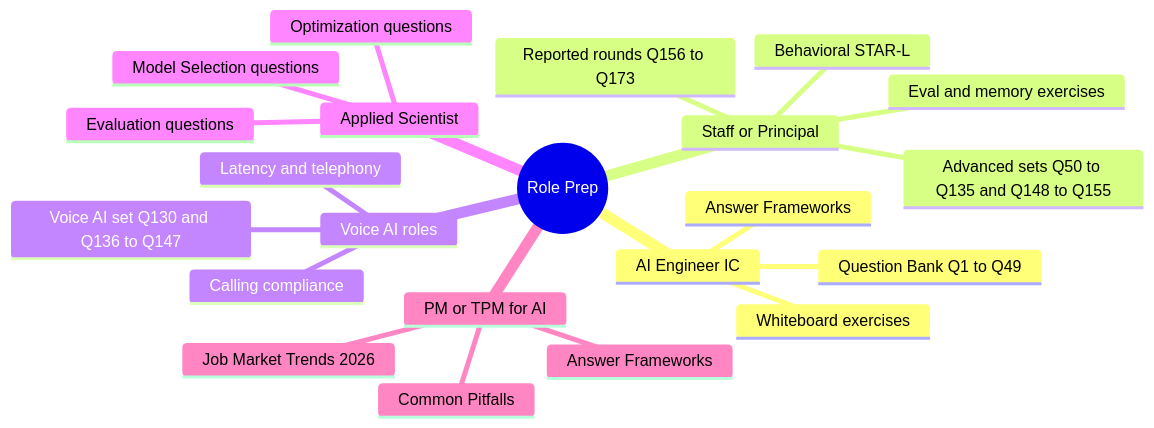
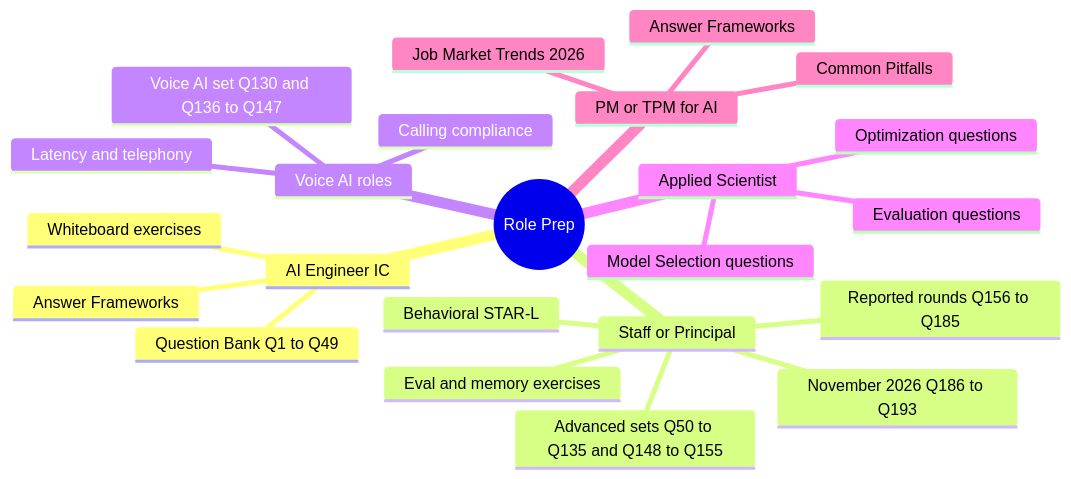
The second of 2 diagrams in 00-interview-prep/README.md (ombharatiya/ai-system-design-guide), drawn with Mermaid before and after one commit. The commit also changed other lines of this file and 92 other files, not shown here.

````diff
--- a/00-interview-prep/README.md
+++ b/00-interview-prep/README.md
@@ -34,25 +36,26 @@
 ```mermaid
 mindmap
   root((Role Prep))
     AI Engineer IC
       Question Bank Q1 to Q49
       Answer Frameworks
       Whiteboard exercises
     Staff or Principal
       Advanced sets Q50 to Q135 and Q148 to Q155
-      Reported rounds Q156 to Q173
+      Reported rounds Q156 to Q185
+      November 2026 Q186 to Q193
       Behavioral STAR-L
       Eval and memory exercises
     Voice AI roles
       Voice AI set Q130 and Q136 to Q147
       Latency and telephony
       Calling compliance
     Applied Scientist
       Model Selection questions
       Evaluation questions
       Optimization questions
     PM or TPM for AI
       Common Pitfalls
       Job Market Trends 2026
       Answer Frameworks
 ```
````
